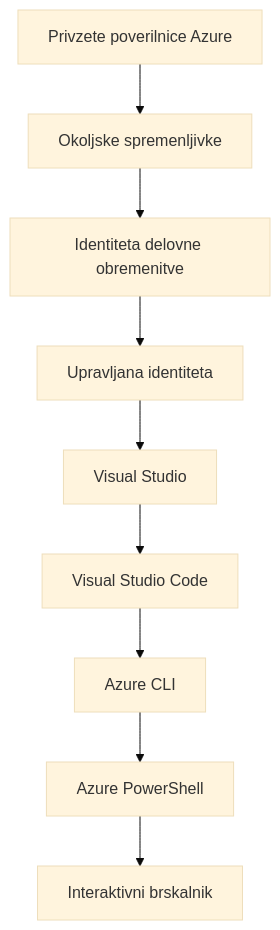
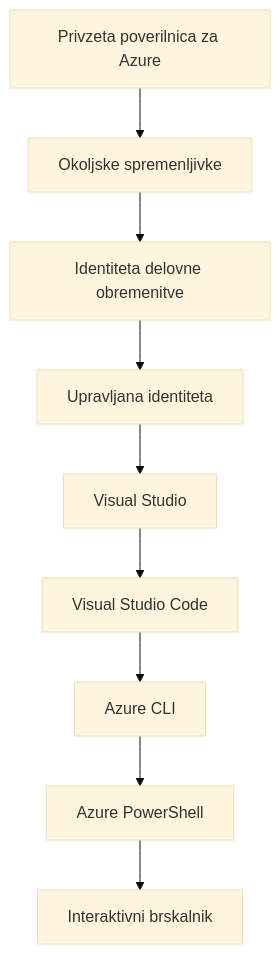
Before and after one commit to microsoft/AZD-for-beginners: the second of 2 diagrams in translations/sl/docs/chapter-01-foundation/azd-basics.md, drawn with Mermaid (base theme). The commit also changed other lines of this file and 101 other files, not shown here.

````diff
--- a/translations/sl/docs/chapter-01-foundation/azd-basics.md
+++ b/translations/sl/docs/chapter-01-foundation/azd-basics.md
@@ -592,11 +593,11 @@
 ```mermaid
 graph TD
-    A[Privzete poverilnice Azure] --> B[Okoljske spremenljivke]
+    A[Privzeta poverilnica za Azure] --> B[Okoljske spremenljivke]
     B --> C[Identiteta delovne obremenitve]
     C --> D[Upravljana identiteta]
     D --> E[Visual Studio]
     E --> F[Visual Studio Code]
     F --> G[Azure CLI]
     G --> H[Azure PowerShell]
     H --> I[Interaktivni brskalnik]
 ```
````
